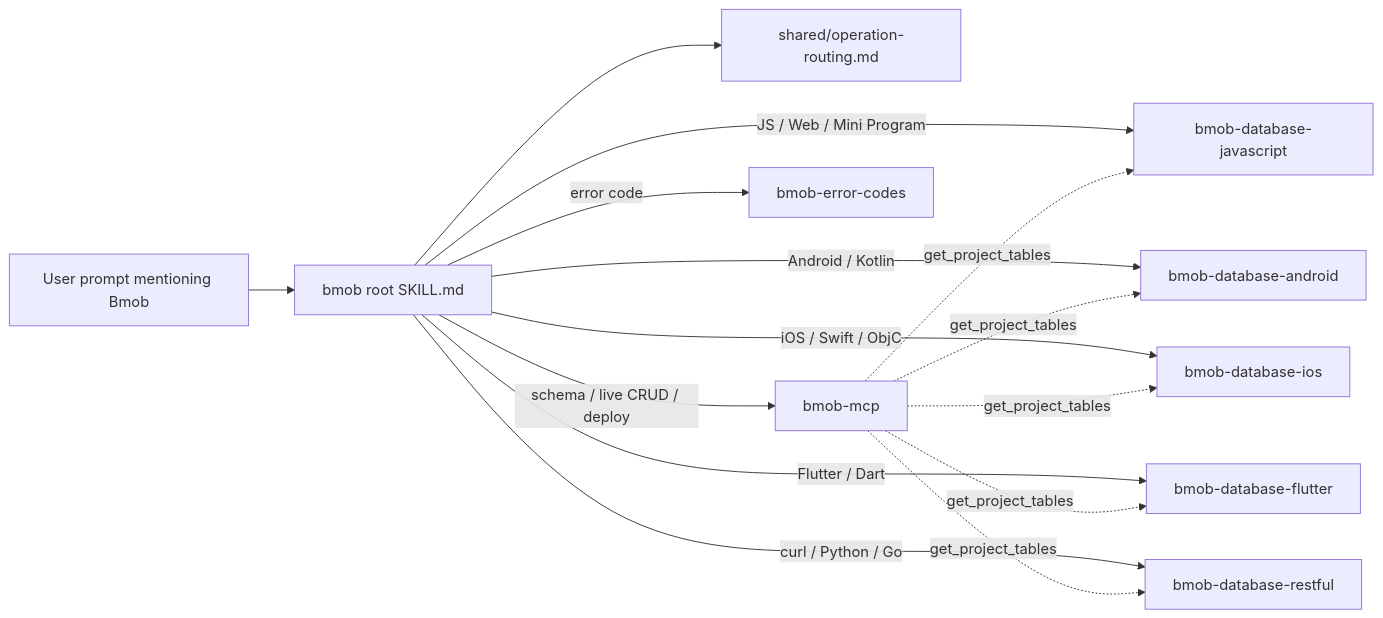
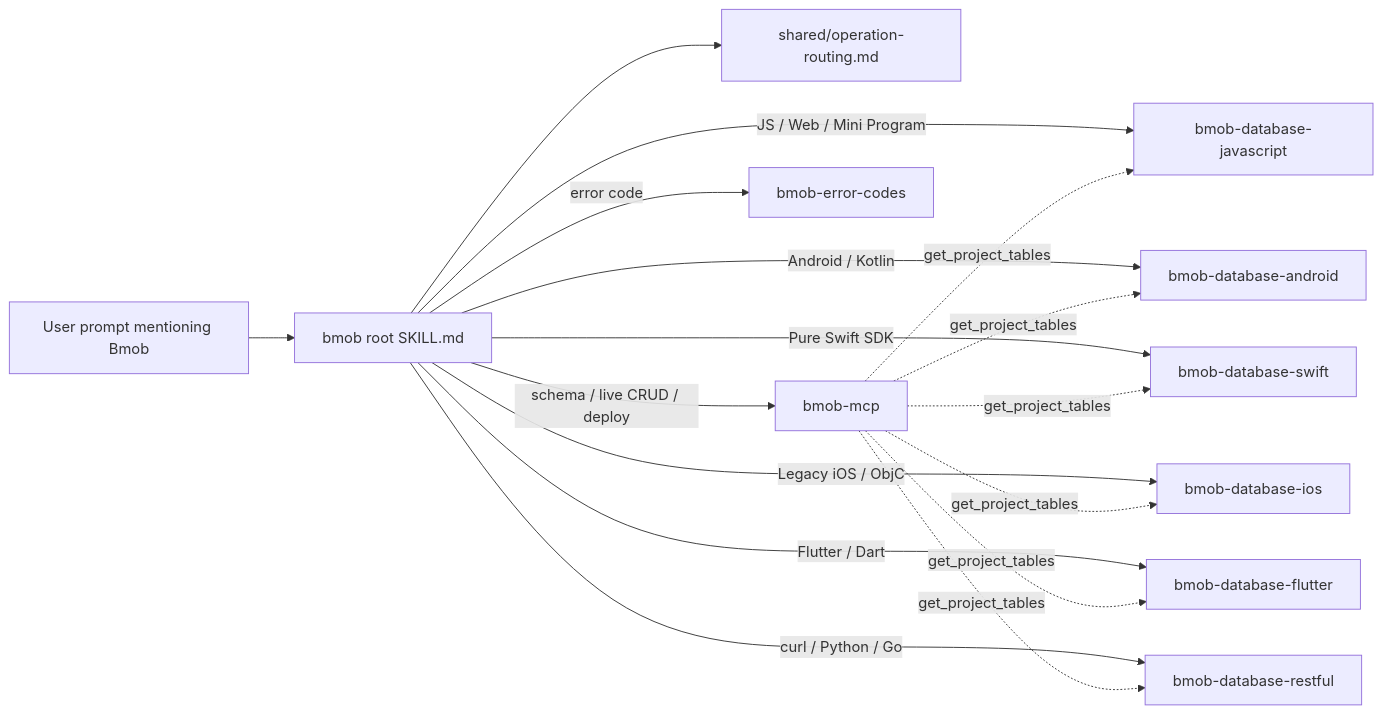
One commit to bmob/agent-skills changed the second of 2 diagrams in skills/bmob/SKILL.md. Above: the diagram before and after it, drawn with Mermaid. The commit also changed other lines of this file and 79 other files, not shown here.

First line of the commit message:
feat: add pure Swift database skill

````diff
--- a/skills/bmob/SKILL.md
+++ b/skills/bmob/SKILL.md
@@ -160,17 +163,19 @@
 ```mermaid
 flowchart LR
     User[User prompt mentioning Bmob] --> Root[bmob root SKILL.md]
     Root --> OpRoute[shared/operation-routing.md]
     Root -->|"schema / live CRUD / deploy"| McpSkill[bmob-mcp]
     Root -->|JS / Web / Mini Program| JsDb[bmob-database-javascript]
     Root -->|Android / Kotlin| AndDb[bmob-database-android]
-    Root -->|iOS / Swift / ObjC| IosDb[bmob-database-ios]
+    Root -->|Pure Swift SDK| SwiftDb[bmob-database-swift]
+    Root -->|Legacy iOS / ObjC| IosDb[bmob-database-ios]
     Root -->|Flutter / Dart| FlutDb[bmob-database-flutter]
     Root -->|curl / Python / Go| RestDb[bmob-database-restful]
     Root -->|error code| Err[bmob-error-codes]
     McpSkill -.get_project_tables.-> JsDb
     McpSkill -.get_project_tables.-> AndDb
+    McpSkill -.get_project_tables.-> SwiftDb
     McpSkill -.get_project_tables.-> IosDb
     McpSkill -.get_project_tables.-> FlutDb
     McpSkill -.get_project_tables.-> RestDb
 ```
````
